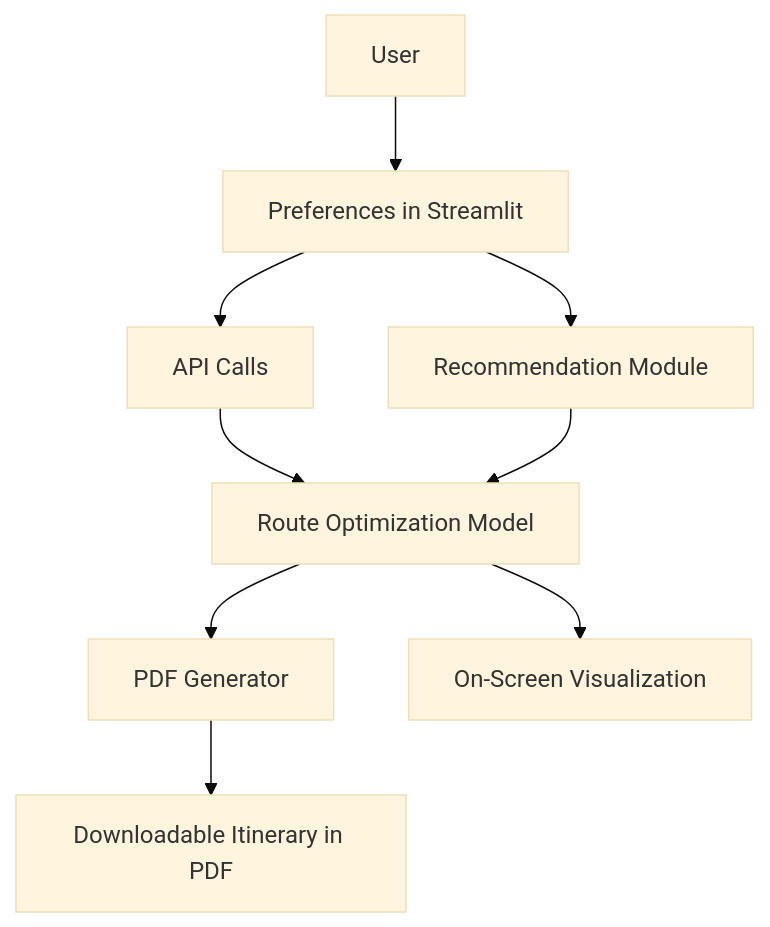
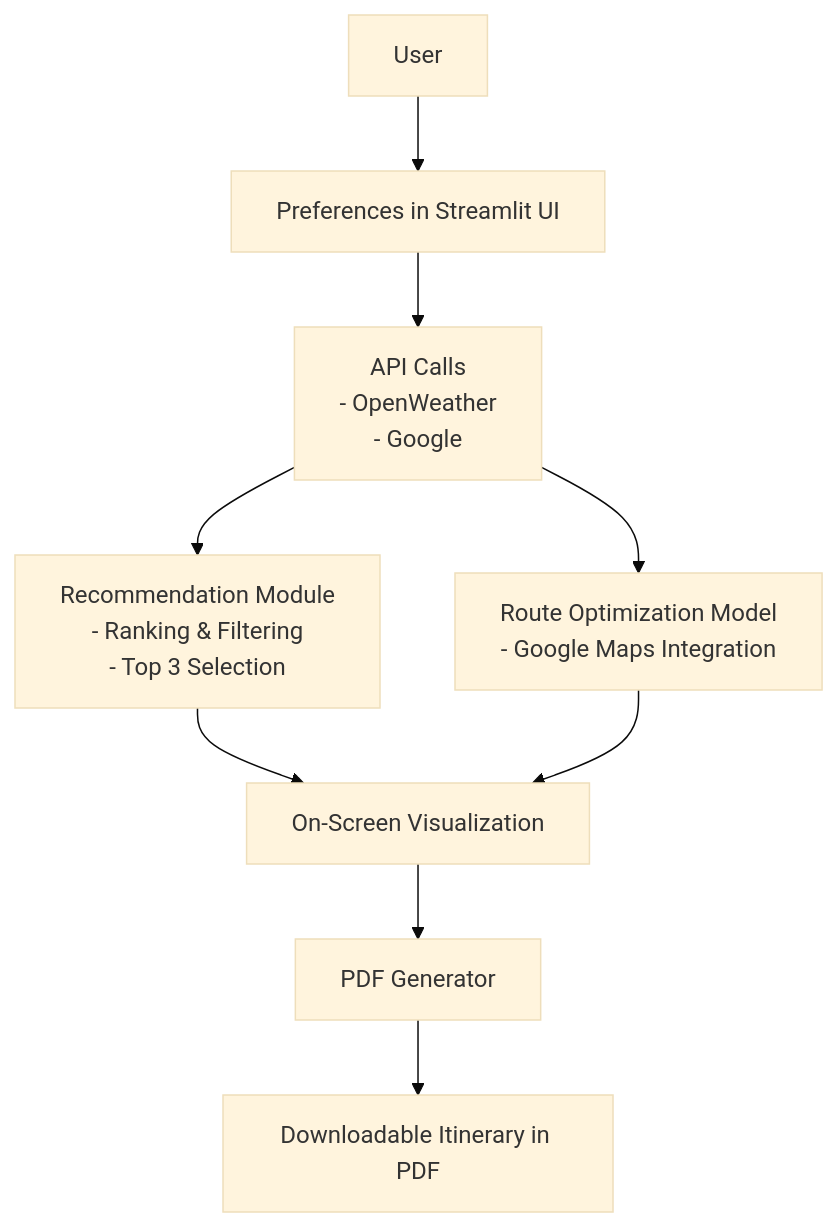
The diagram in README.md (josemauma/Express_Gastronomic_Route), drawn with Mermaid (base theme) before and after one commit.

Commit message:
feat: "Update README.md"

````diff
--- a/README.md
+++ b/README.md
@@ -24,12 +24,16 @@
 ```mermaid
 graph TD;
-    A[User] --> B[Preferences in Streamlit];
-    B --> C[API Calls];
-    B --> D[Recommendation Module];
-    C --> E[Route Optimization Module];
-    D --> E[Route Optimization Model];
-    E --> F[PDF Generator];
+    A[User] --> B[Preferences in Streamlit UI];
+    B --> C[API Calls
+            - OpenWeather
+            - Google];
+    C --> D[Recommendation Module
+            - Ranking & Filtering
+            - Top 3 Selection];
+    C --> E[Route Optimization Model
+            - Google Maps Integration];
+    D --> G[On-Screen Visualization];
+    E --> G[On-Screen Visualization];
+    G --> F[PDF Generator];
     F --> H[Downloadable Itinerary in PDF];
-    E --> G[On-Screen Visualization];
-    
 ```
````
